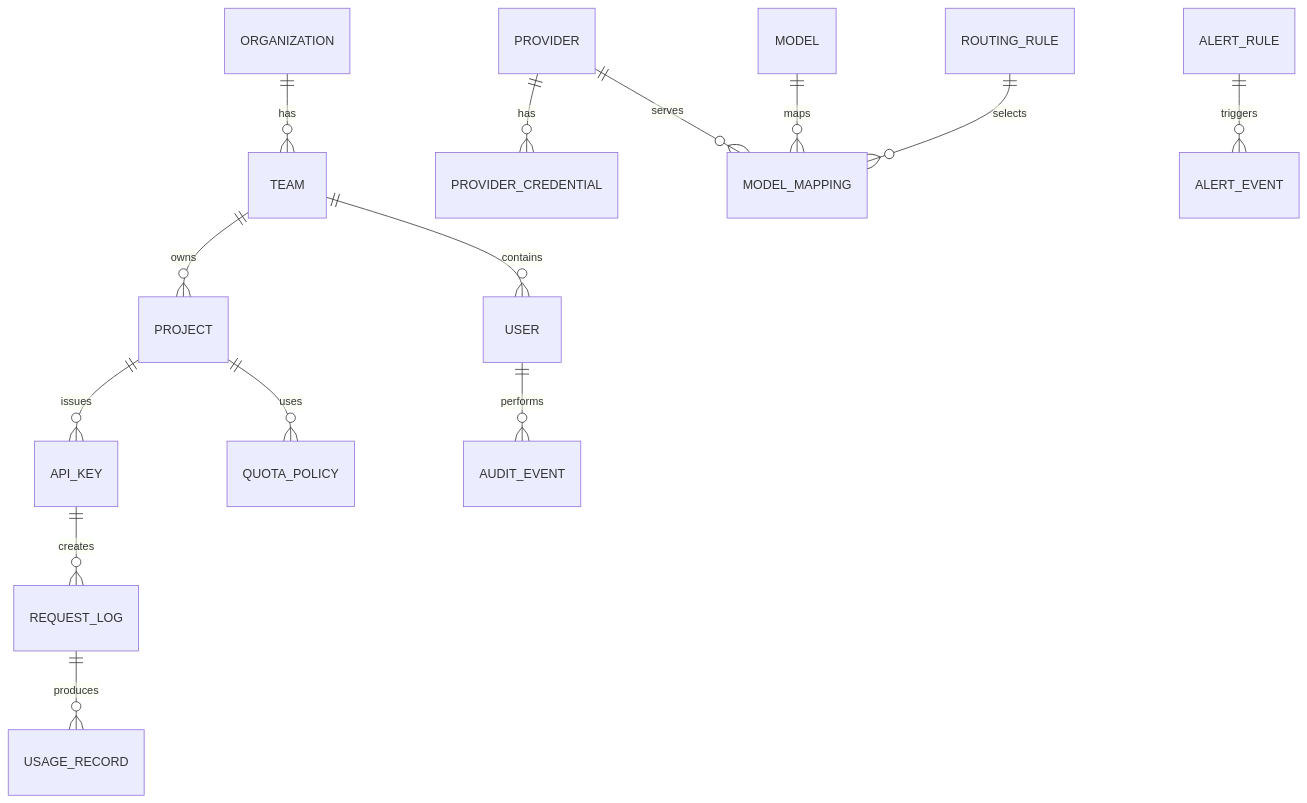
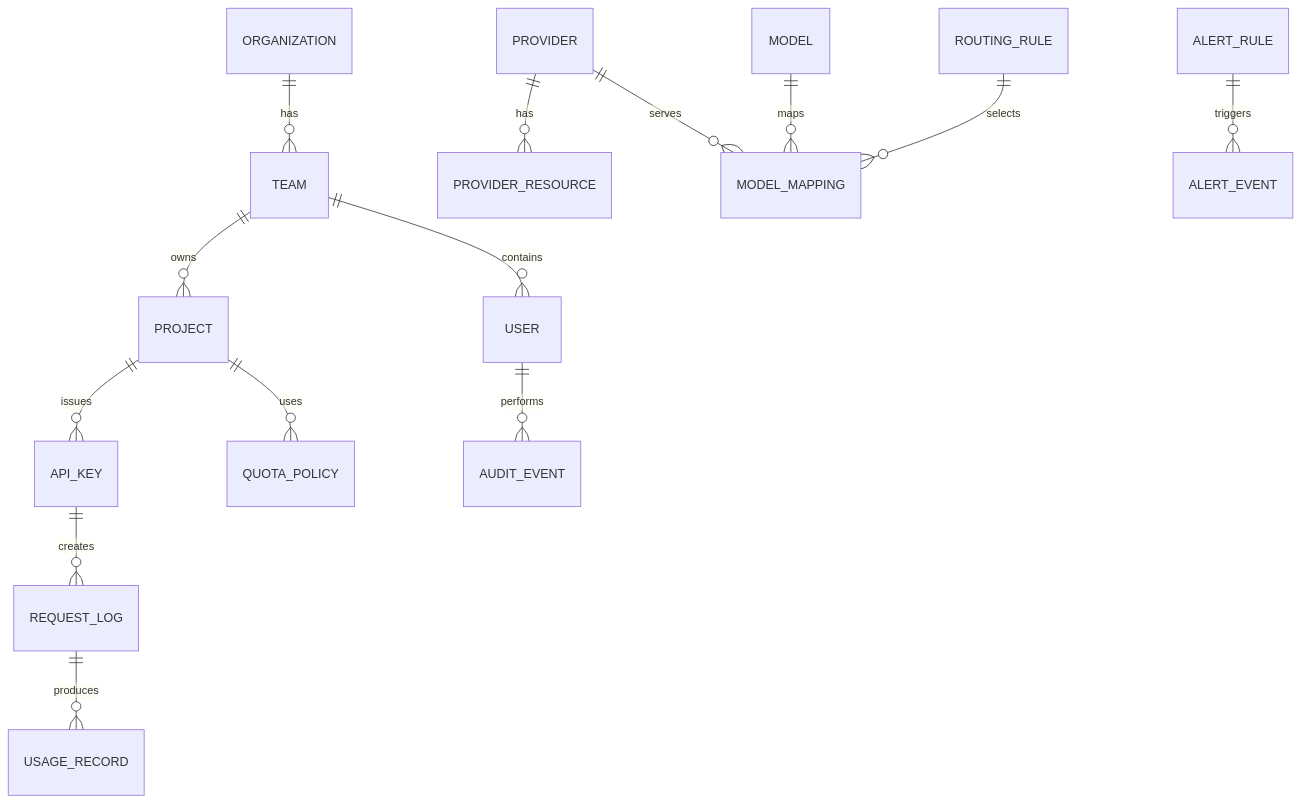
Before and after one commit to cngump/TokenHub: the diagram in doc/05-data-model.md, drawn with Mermaid. The commit also changed other lines of this file and 30 other files, not shown here.

Commit message:
Add provider resource management

````diff
--- a/doc/05-data-model.md
+++ b/doc/05-data-model.md
@@ -13,16 +13,16 @@
 ```mermaid
 erDiagram
     ORGANIZATION ||--o{ TEAM : has
     TEAM ||--o{ USER : contains
     TEAM ||--o{ PROJECT : owns
     PROJECT ||--o{ API_KEY : issues
     PROJECT ||--o{ QUOTA_POLICY : uses
     API_KEY ||--o{ REQUEST_LOG : creates
-    PROVIDER ||--o{ PROVIDER_CREDENTIAL : has
+    PROVIDER ||--o{ PROVIDER_RESOURCE : has
     PROVIDER ||--o{ MODEL_MAPPING : serves
     MODEL ||--o{ MODEL_MAPPING : maps
     ROUTING_RULE ||--o{ MODEL_MAPPING : selects
     REQUEST_LOG ||--o{ USAGE_RECORD : produces
     USER ||--o{ AUDIT_EVENT : performs
     ALERT_RULE ||--o{ ALERT_EVENT : triggers
 ```
````
